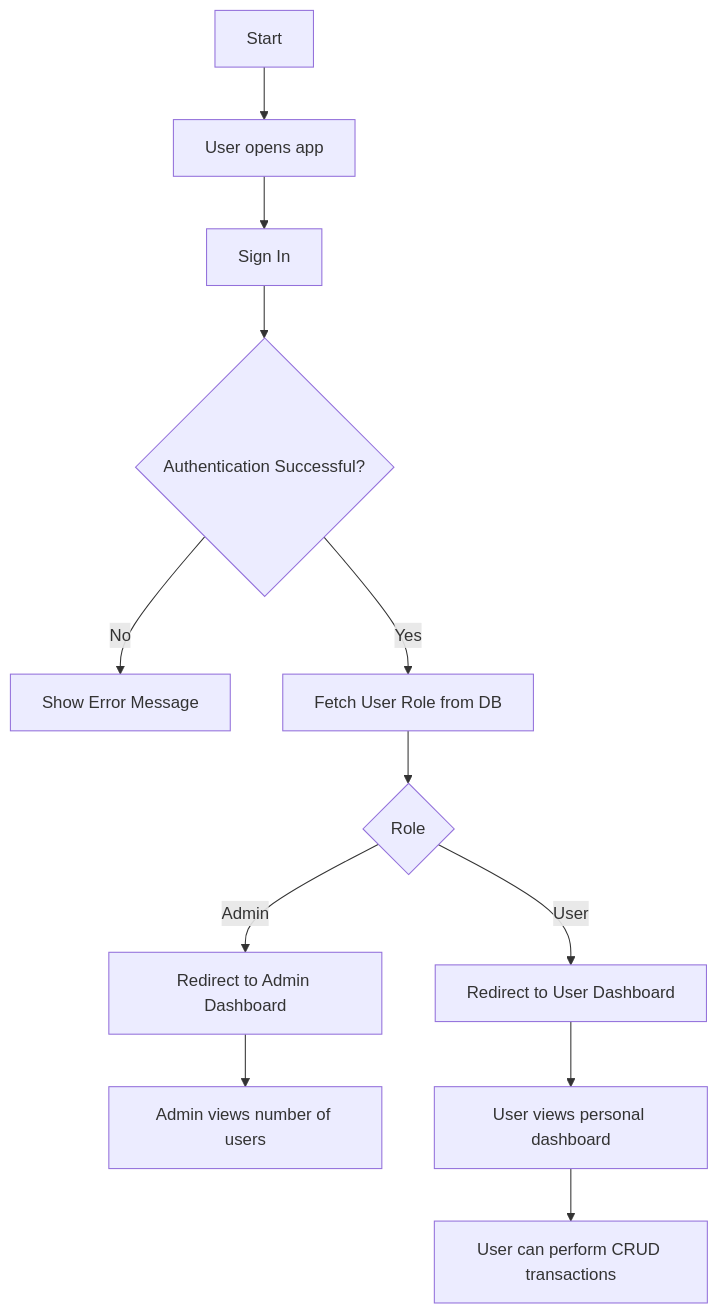
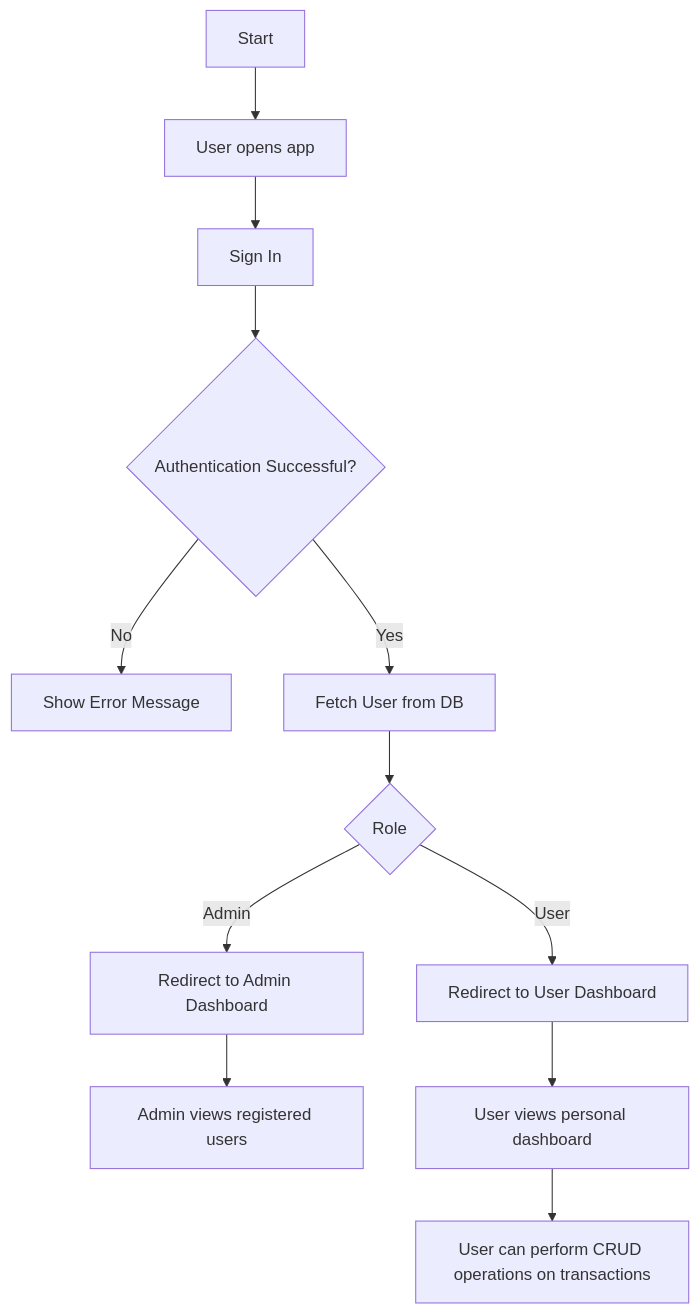
The diagram in docs/workflow.md (kunalgkmit/phase0-project-documentation), drawn with Mermaid before and after one commit. The commit also changed other lines of this file and 6 other files, not shown here.

````diff
--- a/docs/workflow.md
+++ b/docs/workflow.md
@@ -32,18 +28,18 @@
 ```mermaid
+
 flowchart TD
 A[Start] --> B[User opens app]
 B --> C[Sign In]
 C --> D{Authentication Successful?}
 D -- No --> E[Show Error Message]
-D -- Yes --> F[Fetch User Role from DB]
+D -- Yes --> F[Fetch User from DB]
 
 F --> G{Role}
 G -- Admin --> H[Redirect to Admin Dashboard]
 G -- User --> I[Redirect to User Dashboard]
 
-H --> J[Admin views number of users]
+H --> J[Admin views registered users]
 I --> K[User views personal dashboard]
-K --> L[User can perform CRUD transactions]
-
+K --> L[User can perform CRUD operations on transactions]
 
 ```
````
